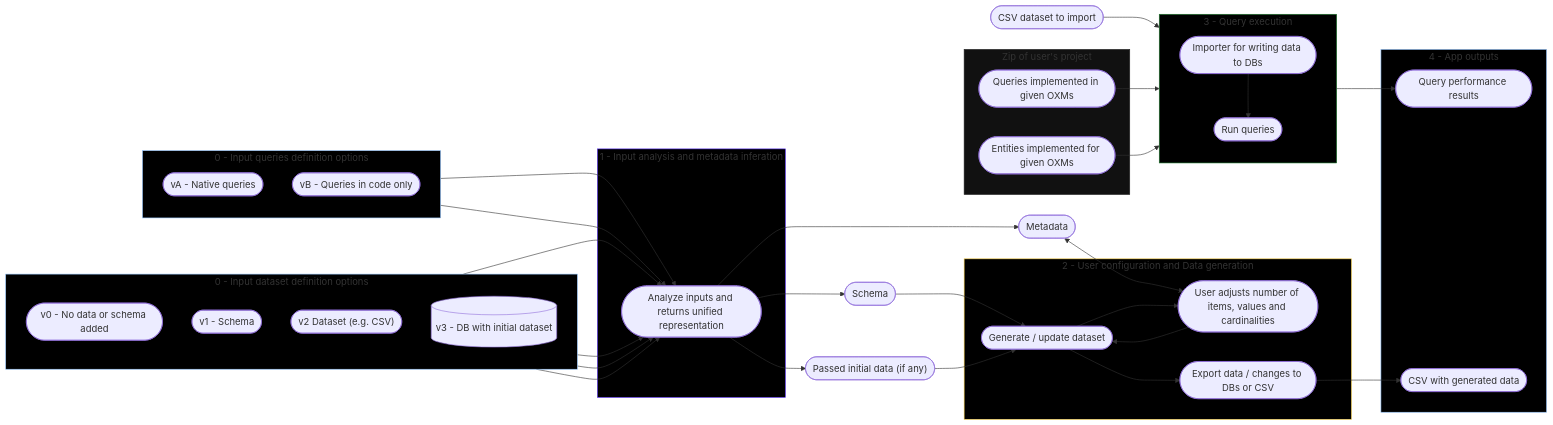
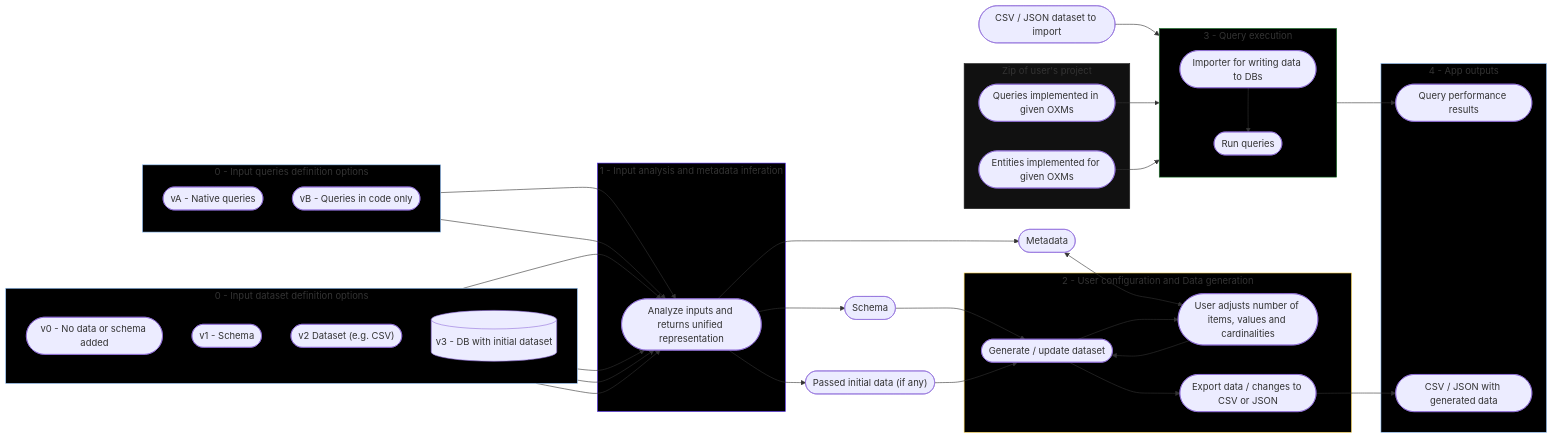
One commit to SimekJan/oxm-benchmark changed the diagram in docs/FLOW.md. Above: the diagram before and after it, drawn with Mermaid. The commit also changed 4 other files, not shown here.

Commit message:
Remove not-to-be-implemented generate to DBs option

````diff
--- a/docs/FLOW.md
+++ b/docs/FLOW.md
@@ -1,82 +1,80 @@
 ```mermaid
 
 flowchart LR
     subgraph INPUTS_DATASET["0 - Input dataset definition options"]
         direction TD
         NOTHING(["v0 - No data or schema added"])
         SCHEMA(["v1 - Schema"])
         DATASET(["v2 Dataset (e.g. CSV)"])
         READONLY_DATABASE[("v3 - DB with initial dataset")]
     end
 
     subgraph INPUTS_QUERIES["0 - Input queries definition options"]
         direction TD
         QUERIES(["vA - Native queries"])
         CODE_QUERIES(["vB - Queries in code only"])
     end
 
     INFERRED_SCHEMA(["Schema"])
     INFERRED_METADATA(["Metadata"])
     INITIAL_DATA(["Passed initial data (if any)"])
     SCHEMA_ANALYSER --> INFERRED_SCHEMA
     SCHEMA_ANALYSER --> INFERRED_METADATA
     SCHEMA_ANALYSER --> INITIAL_DATA
 
     subgraph SCHEMA_INFER["1 - Input analysis and metadata inferation"]
         SCHEMA_ANALYSER(["Analyze inputs and returns unified representation"])
     end
 
     NOTHING --> SCHEMA_ANALYSER
     SCHEMA --> SCHEMA_ANALYSER
     DATASET --> SCHEMA_ANALYSER
     READONLY_DATABASE --> SCHEMA_ANALYSER
     QUERIES --> SCHEMA_ANALYSER
     CODE_QUERIES --> SCHEMA_ANALYSER
-
     INFERRED_SCHEMA --> GENERATE
     INITIAL_DATA --> GENERATE
     INFERRED_METADATA <--> ADJUST
 
     subgraph ZIP_PROJECT["Zip of user's project"]
         QUERIES_IN_CODE([Queries implemented in given OXMs])
         ENTITIES_IN_CODE([Entities implemented for given OXMs])
     end
 
     subgraph CONFIG["2 - User configuration and Data generation"]
         ADJUST(["User adjusts number of items, values and cardinalities"])
         GENERATE(["Generate / update dataset"])
-        EXPORT(["Export data / changes to DBs or CSV"])
+        EXPORT(["Export data / changes to CSV or JSON"])
         ADJUST --> GENERATE
-        GENERATE --> ADJUST 
+        GENERATE --> ADJUST
         GENERATE --> EXPORT
     end
 
     subgraph EXECUTION["3 - Query execution"]
         direction TD
         RUN(["Run queries"])
         IMPORTER(["Importer for writing data to DBs"])
     end
 
     subgraph OUTPUTS["4 - App outputs"]
         RESULTS(["Query performance results"])
-        RESULT_DATASET(["CSV with generated data"])
+        RESULT_DATASET(["CSV / JSON with generated data"])
     end
 
     EXPORT --> RESULT_DATASET
-    GENERATED_DATASET(["CSV dataset to import"]) --> IMPORTER
+    GENERATED_DATASET(["CSV / JSON dataset to import"]) --> IMPORTER
     IMPORTER --> RUN
     RUN --> RESULTS
     QUERIES_IN_CODE --> RUN
     ENTITIES_IN_CODE --> IMPORTER
-
     classDef input fill: #DBEAFE, stroke: #2563EB, color: #1E3A8A
     classDef init fill: #EDE9FE, stroke: #7C3AED, color: #4C1D95
     classDef config fill: #222222, stroke: #D97706, color: #78350F
     style INPUTS_DATASET fill: #000000, stroke: #93C5FD
     style INPUTS_QUERIES fill: #000000, stroke: #93C5FD
     style SCHEMA_INFER fill: #000000, stroke: #5027f1
     style CONFIG fill: #000000, stroke: #FCD34D
     style EXECUTION fill: #000000, stroke: #197629
     style OUTPUTS fill: #000000, stroke: #93C5FD
     style ZIP_PROJECT fill: #111111, stroke: #222222
 ```
````
